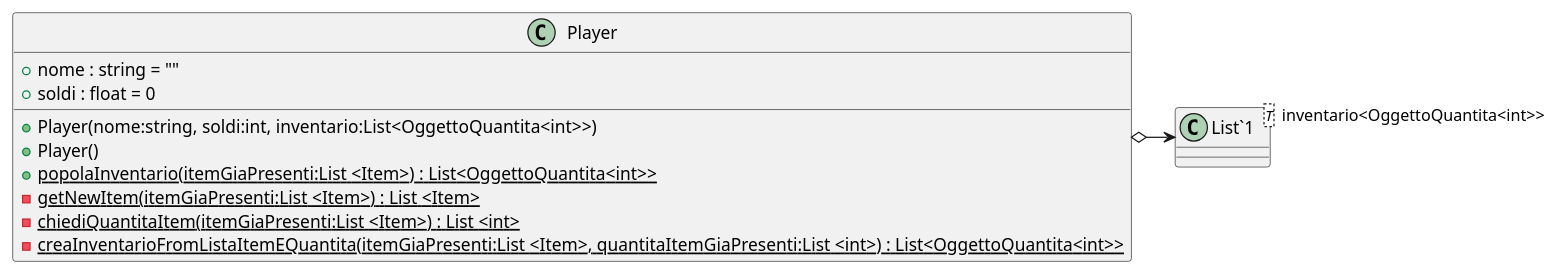
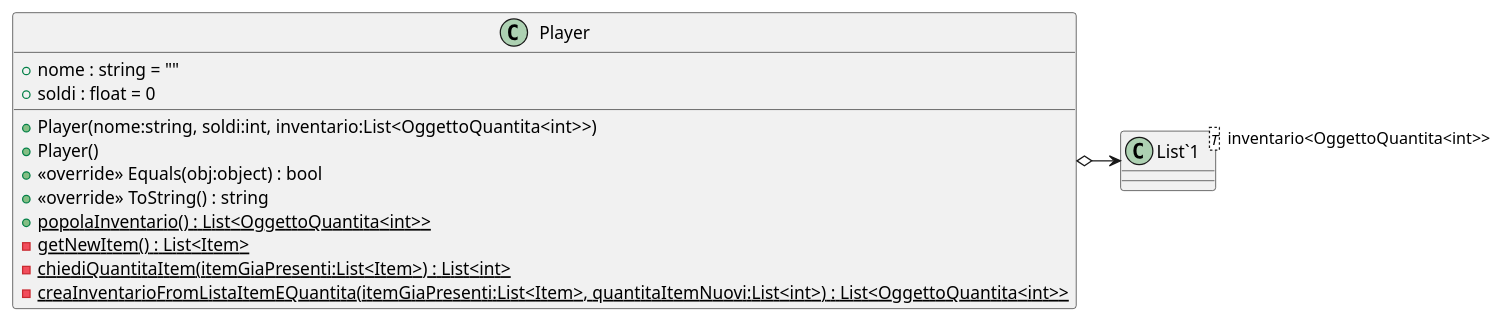
Before and after one commit to zSavT/Healthy-Catering: the diagram in doc/plantUml con associazioni/Player.puml, drawn with PlantUML. The commit also changed 26 other files, not shown here.

Commit message:
aggiornati uml (anche immagini)

```diff
--- a/doc/plantUml con associazioni/Player.puml
+++ b/doc/plantUml con associazioni/Player.puml
@@ -1,15 +1,17 @@
 @startuml
 class Player {
     + nome : string = ""
     + soldi : float = 0
     + Player(nome:string, soldi:int, inventario:List<OggettoQuantita<int>>)
     + Player()
-    + {static} popolaInventario(itemGiaPresenti:List <Item>) : List<OggettoQuantita<int>>
-    - {static} getNewItem(itemGiaPresenti:List <Item>) : List <Item>
-    - {static} chiediQuantitaItem(itemGiaPresenti:List <Item>) : List <int>
-    - {static} creaInventarioFromListaItemEQuantita(itemGiaPresenti:List <Item>, quantitaItemGiaPresenti:List <int>) : List<OggettoQuantita<int>>
+    + <<override>> Equals(obj:object) : bool
+    + <<override>> ToString() : string
+    + {static} popolaInventario() : List<OggettoQuantita<int>>
+    - {static} getNewItem() : List<Item>
+    - {static} chiediQuantitaItem(itemGiaPresenti:List<Item>) : List<int>
+    - {static} creaInventarioFromListaItemEQuantita(itemGiaPresenti:List<Item>, quantitaItemNuovi:List<int>) : List<OggettoQuantita<int>>
 }
 class "List`1"<T> {
 }
 Player o-> "inventario<OggettoQuantita<int>>" "List`1"
 @enduml
```
